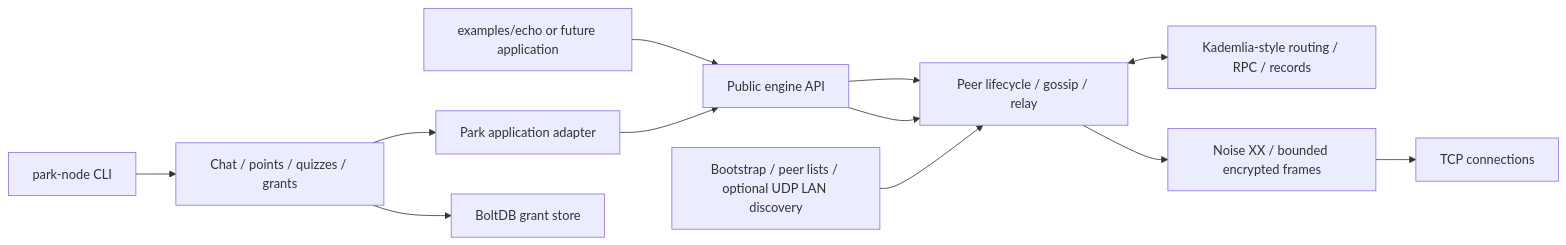
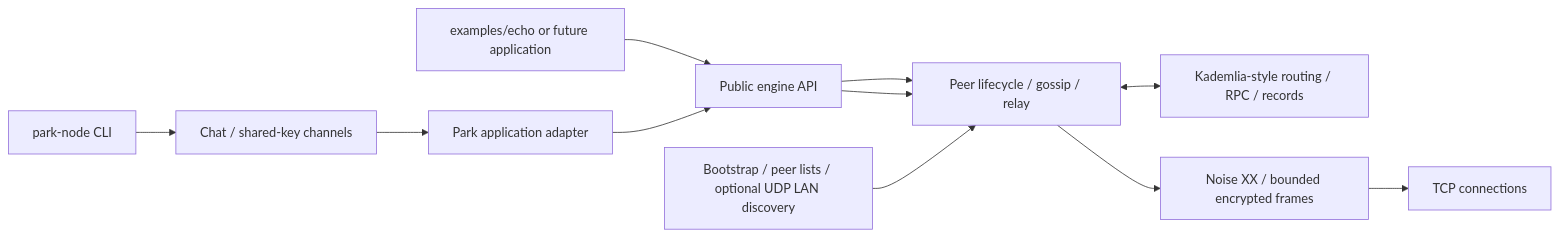
The first of 2 diagrams in README.md (TylerPetri/p2p-networking-project), drawn with Mermaid before and after one commit. The commit also changed other lines of this file and 36 other files, not shown here.

````diff
--- a/README.md
+++ b/README.md
@@ -67,14 +67,13 @@
 ```mermaid
 flowchart LR
     Example[examples/echo or future application] --> Engine[Public engine API]
     Engine --> P2P
-    CLI[park-node CLI] --> Apps[Chat / points / quizzes / grants]
+    CLI[park-node CLI] --> Apps[Chat / shared-key channels]
     Apps --> Adapter[Park application adapter]
     Adapter --> Engine
     Engine --> P2P[Peer lifecycle / gossip / relay]
     Discovery[Bootstrap / peer lists / optional UDP LAN discovery] --> P2P
     P2P <--> DHT[Kademlia-style routing / RPC / records]
     P2P --> Noise[Noise XX / bounded encrypted frames]
     Noise --> TCP[TCP connections]
-    Apps --> Bolt[BoltDB grant store]
 ```
````
